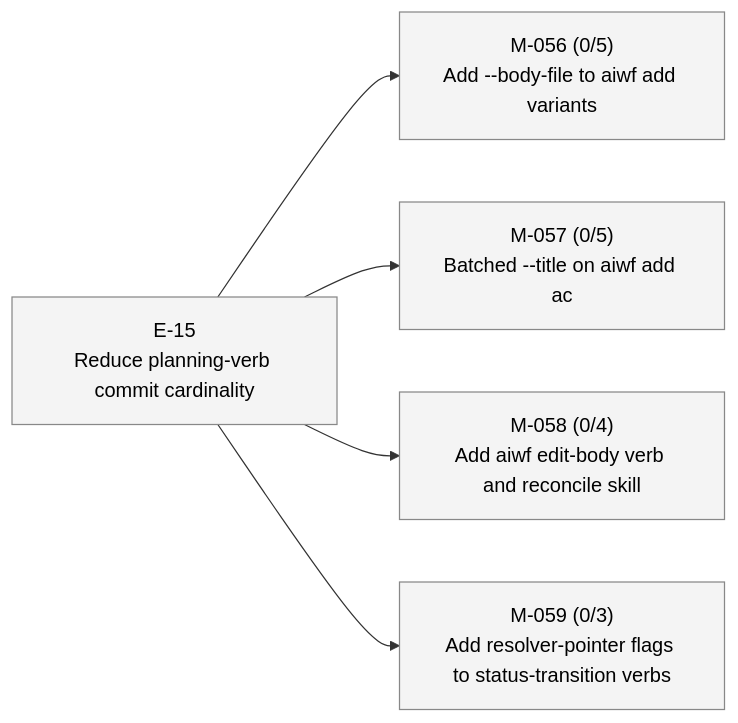
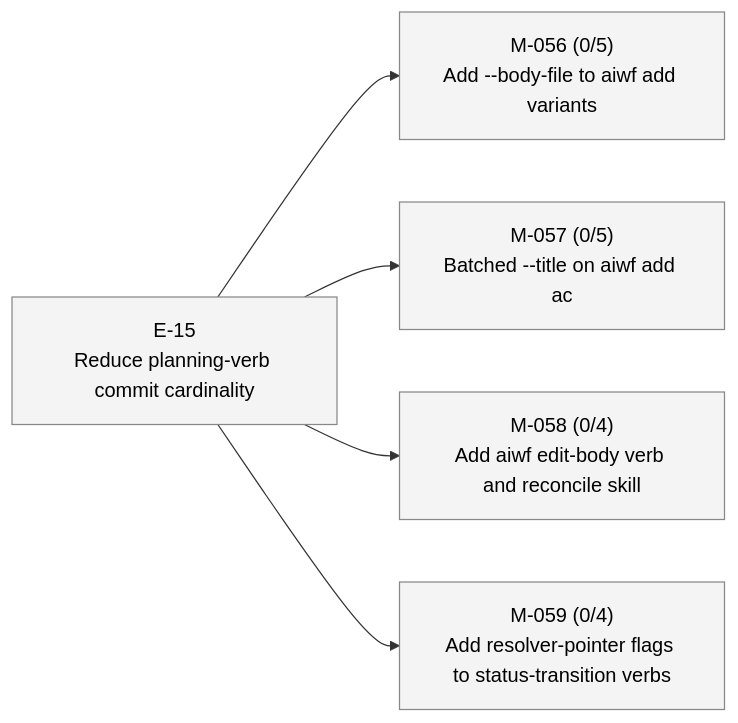
One commit to 23min/aiwf changed the third of 3 diagrams in STATUS.md. Above: the diagram before and after it, drawn with Mermaid. The commit also changed other lines of this file and 1 other file, not shown here.

First line of the commit message:
aiwf add ac M-059/AC-4 "Hand-editing frontmatter never required to satisfy resolver checks"

````diff
--- a/STATUS.md
+++ b/STATUS.md
@@ -70,18 +70,18 @@
 ```mermaid
 flowchart LR
   E_15["E-15<br/>Reduce planning-verb commit cardinality"]:::epic_proposed
   M_056["M-056 (0/5)<br/>Add --body-file to aiwf add variants"]:::ms_draft
   E_15 --> M_056
   M_057["M-057 (0/5)<br/>Batched --title on aiwf add ac"]:::ms_draft
   E_15 --> M_057
   M_058["M-058 (0/4)<br/>Add aiwf edit-body verb and reconcile skill"]:::ms_draft
   E_15 --> M_058
-  M_059["M-059 (0/3)<br/>Add resolver-pointer flags to status-transition verbs"]:::ms_draft
+  M_059["M-059 (0/4)<br/>Add resolver-pointer flags to status-transition verbs"]:::ms_draft
   E_15 --> M_059
   classDef epic_active fill:#d6eaff,stroke:#1a73e8,color:#000
   classDef epic_proposed fill:#f4f4f4,stroke:#888,color:#000
   classDef ms_done fill:#d8f5d8,stroke:#2a8a2a,color:#000
   classDef ms_in_progress fill:#fff3c4,stroke:#caa400,color:#000
   classDef ms_draft fill:#f4f4f4,stroke:#888,color:#000
   classDef ms_cancelled fill:#fbeaea,stroke:#c33,color:#000
 ```
````
